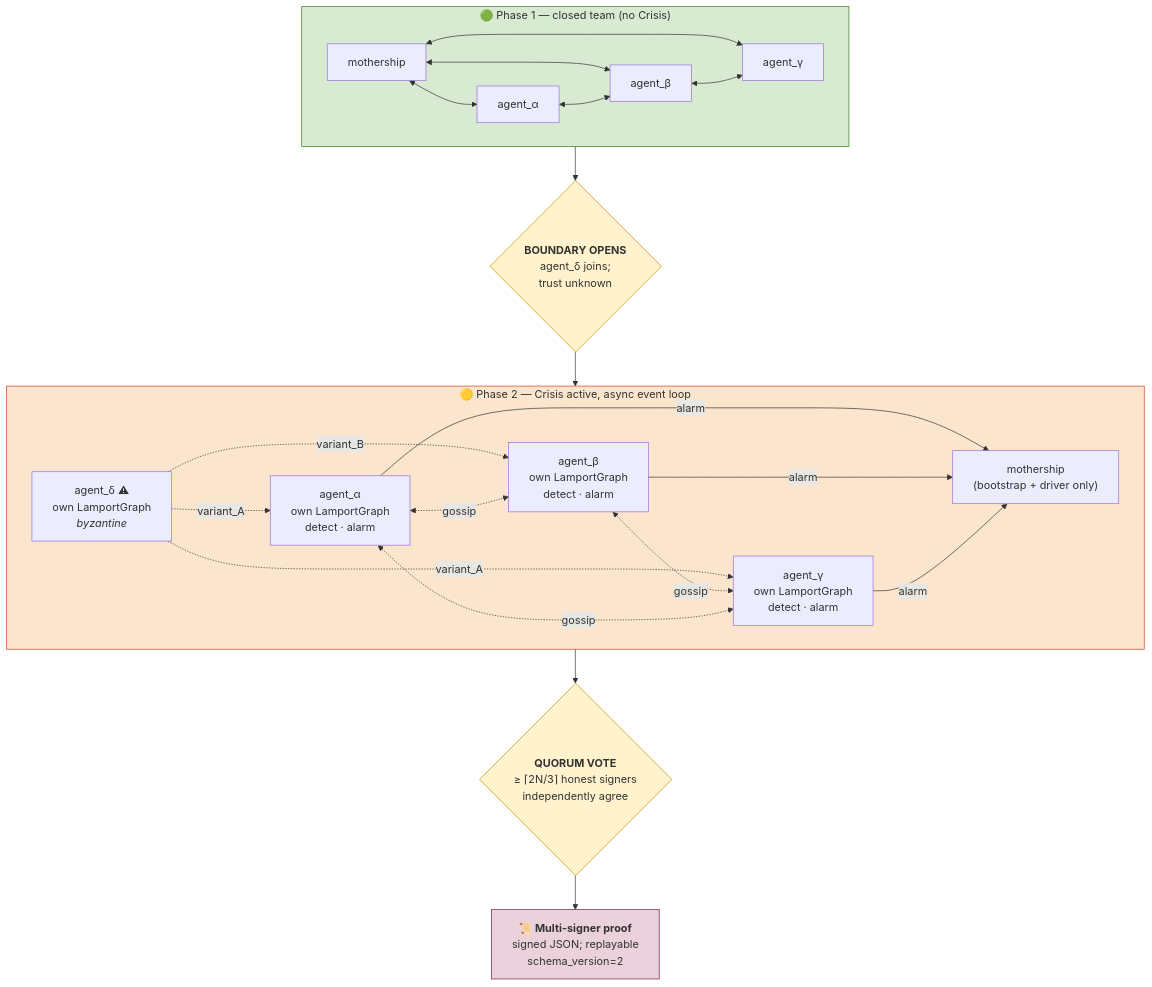
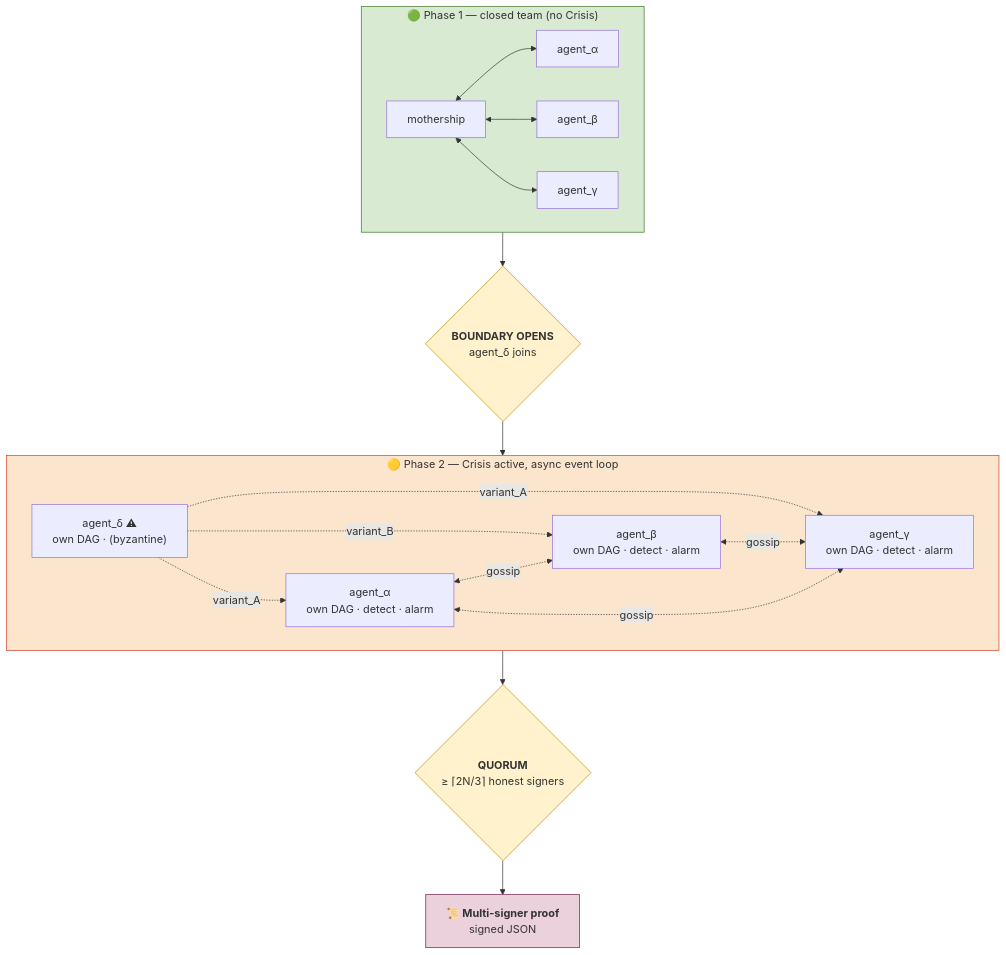
The diagram in src/crisis_agents/README.md (saymrwulf/crisis), drawn with Mermaid before and after one commit. The commit also changed other lines of this file and 2 other files, not shown here.

````diff
--- a/src/crisis_agents/README.md
+++ b/src/crisis_agents/README.md
@@ -63,50 +25,41 @@
 ```mermaid
 flowchart TB
     subgraph Closed["🟢 Phase 1 — closed team (no Crisis)"]
         Mom1["mothership"]
         A1["agent_α"]
         B1["agent_β"]
         C1["agent_γ"]
         Mom1 <--> A1
         Mom1 <--> B1
         Mom1 <--> C1
-        A1 <--> B1
-        B1 <--> C1
     end
 
-    Boundary{"<b>BOUNDARY OPENS</b><br/>agent_δ joins;<br/>trust unknown"}
+    Boundary{"<b>BOUNDARY OPENS</b><br/>agent_δ joins"}
     Closed --> Boundary --> Open
 
     subgraph Open["🟡 Phase 2 — Crisis active, async event loop"]
-        Mom2["mothership<br/>(bootstrap + driver only)"]
-        A2["agent_α<br/>own LamportGraph<br/>detect · alarm"]
-        B2["agent_β<br/>own LamportGraph<br/>detect · alarm"]
-        C2["agent_γ<br/>own LamportGraph<br/>detect · alarm"]
-        D2["agent_δ ⚠<br/>own LamportGraph<br/><i>byzantine</i>"]
+        A2["agent_α<br/>own DAG · detect · alarm"]
+        B2["agent_β<br/>own DAG · detect · alarm"]
+        C2["agent_γ<br/>own DAG · detect · alarm"]
+        D2["agent_δ ⚠<br/>own DAG · (byzantine)"]
 
         D2 -. variant_A .-> A2
         D2 -. variant_A .-> C2
         D2 -. variant_B .-> B2
         A2 <-. gossip .-> B2
         B2 <-. gossip .-> C2
         A2 <-. gossip .-> C2
-        A2 -- alarm --> Mom2
-        B2 -- alarm --> Mom2
-        C2 -- alarm --> Mom2
     end
 
-    Open --> Quorum
-    Quorum{"<b>QUORUM VOTE</b><br/>≥ ⌈2N/3⌉ honest signers<br/>independently agree"}
-    Quorum --> Proof
-    Proof["<b>📜 Multi-signer proof</b><br/>signed JSON; replayable<br/>schema_version=2"]
+    Open --> Quorum{"<b>QUORUM</b><br/>≥ ⌈2N/3⌉ honest signers"}
+    Quorum --> Proof["<b>📜 Multi-signer proof</b><br/>signed JSON"]
 
     classDef closed fill:#d9ead3,stroke:#38761d
     classDef boundary fill:#fff2cc,stroke:#bf9000
     classDef open fill:#fce5cd,stroke:#cc4125
-    classDef quorum fill:#cfe2f3,stroke:#2c5f8f
     classDef proof fill:#ead1dc,stroke:#741b47
     class Closed closed
     class Boundary,Quorum boundary
     class Open open
     class Proof proof
 ```
````
